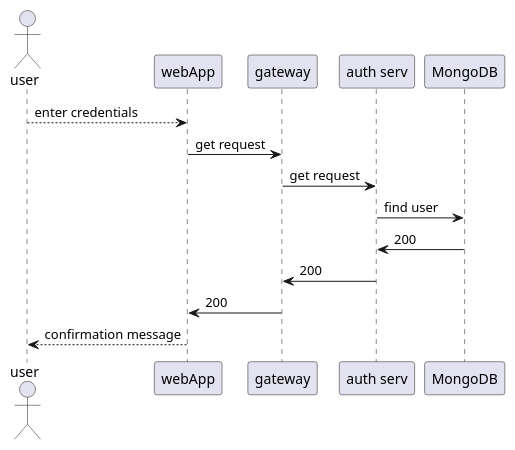
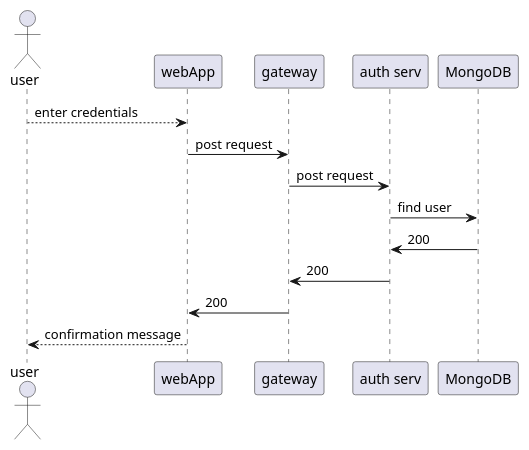
Before and after one commit to Arquisoft/wiq_7: the second of 5 diagrams in docs/src/06_runtime_view.adoc, drawn with PlantUML. The commit also changed other lines of this file and 16 other files, not shown here.

```diff
--- a/docs/src/06_runtime_view.adoc
+++ b/docs/src/06_runtime_view.adoc
@@ -32,17 +32,17 @@
 [plantuml, "login", svg]
 ----
 actor user
 participant webapp as "webApp"
 participant gw as "gateway"
 participant authserv as "auth serv"
 participant mongo as "MongoDB"
 
 user --> webapp: enter credentials
-webapp -> gw: get request
-gw -> authserv: get request
+webapp -> gw: post request
+gw -> authserv: post request
 authserv -> mongo: find user
 mongo -> authserv: 200
 authserv -> gw: 200
 gw -> webapp: 200
 webapp --> user: confirmation message
 ----
```
